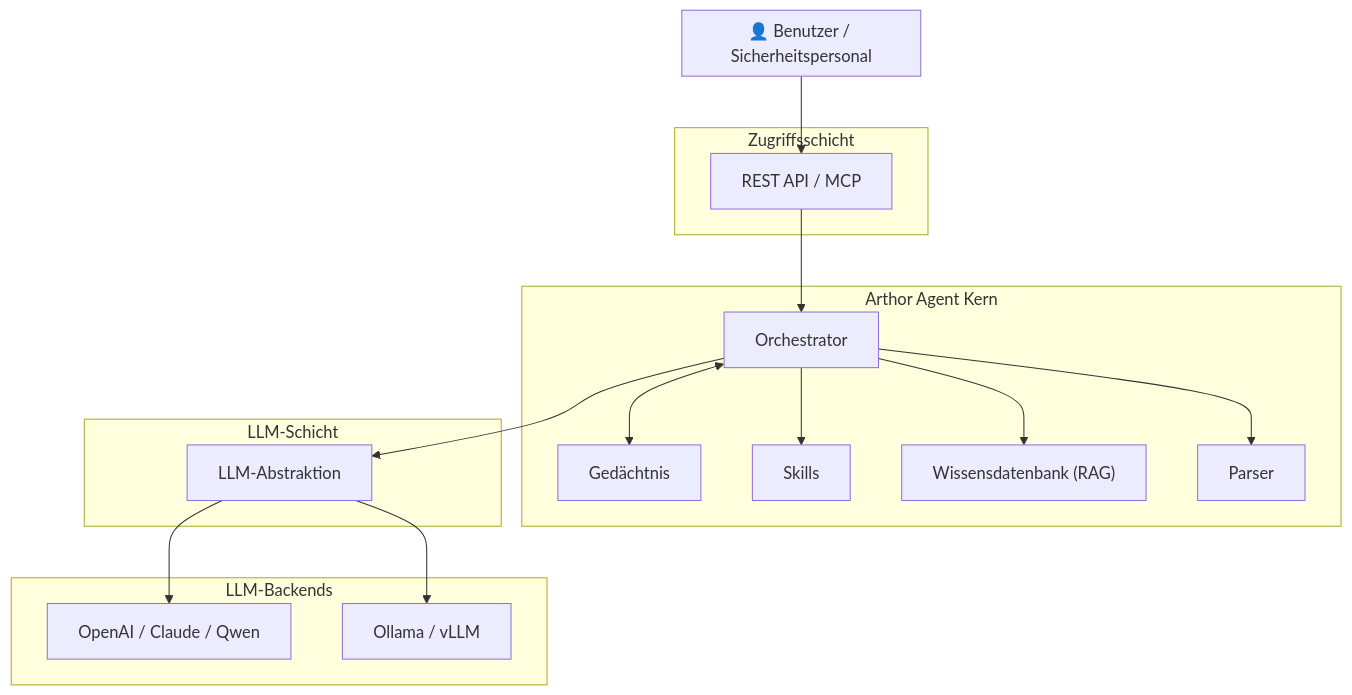
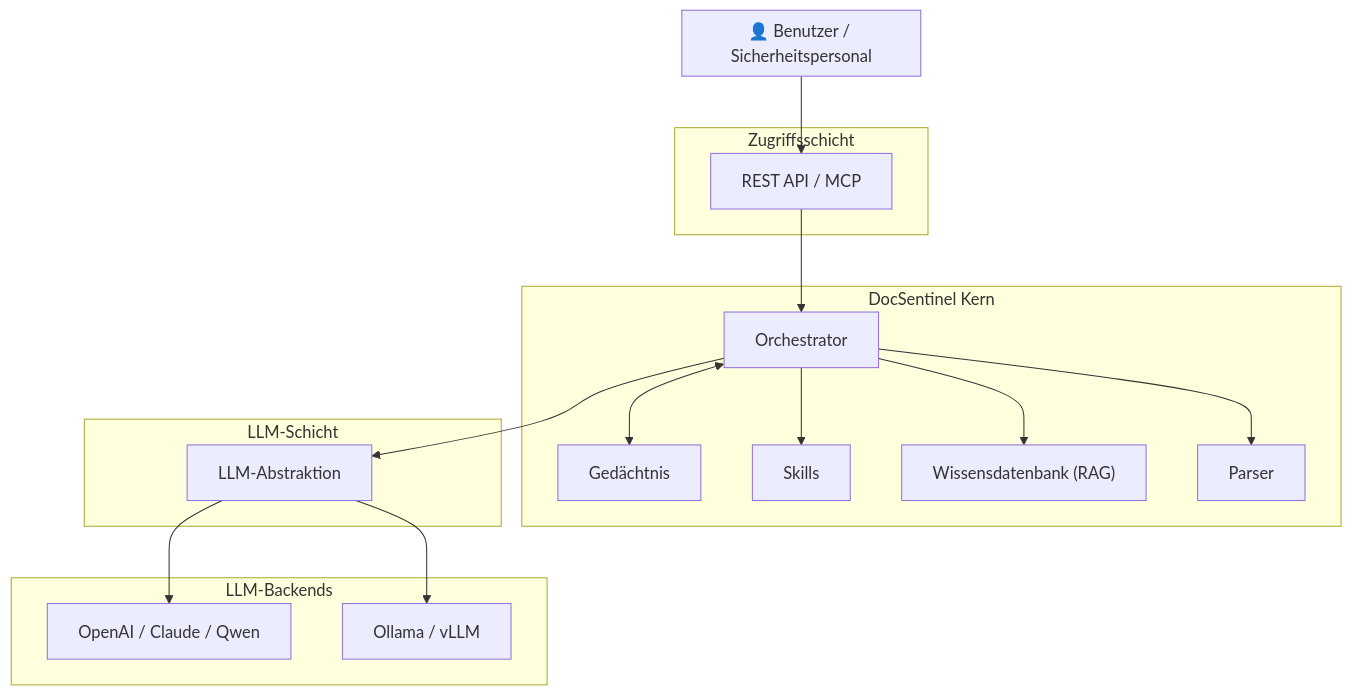
Before and after one commit to arthurpanhku/Arthor-Agent: the diagram in README_de.md, drawn with Mermaid. The commit also changed other lines of this file and 57 other files, not shown here.

````diff
--- a/README_de.md
+++ b/README_de.md
@@ -65,32 +65,32 @@
 ```mermaid
 flowchart TB
     subgraph User["👤 Benutzer / Sicherheitspersonal"]
     end
     subgraph Access["Zugriffsschicht"]
         API["REST API / MCP"]
     end
-    subgraph Core["Arthor Agent Kern"]
+    subgraph Core["DocSentinel Kern"]
         Orch["Orchestrator"]
         Mem["Gedächtnis"]
         Skill["Skills"]
         KB["Wissensdatenbank (RAG)"]
         Parser["Parser"]
     end
     subgraph LLM["LLM-Schicht"]
         Abst["LLM-Abstraktion"]
     end
     subgraph Backends["LLM-Backends"]
         Cloud["OpenAI / Claude / Qwen"]
         Local["Ollama / vLLM"]
     end
 
     User --> API
     API --> Orch
     Orch <--> Mem
     Orch --> Skill
     Orch --> KB
     Orch --> Parser
     Orch --> Abst
     Abst --> Cloud
     Abst --> Local
 ```
````
